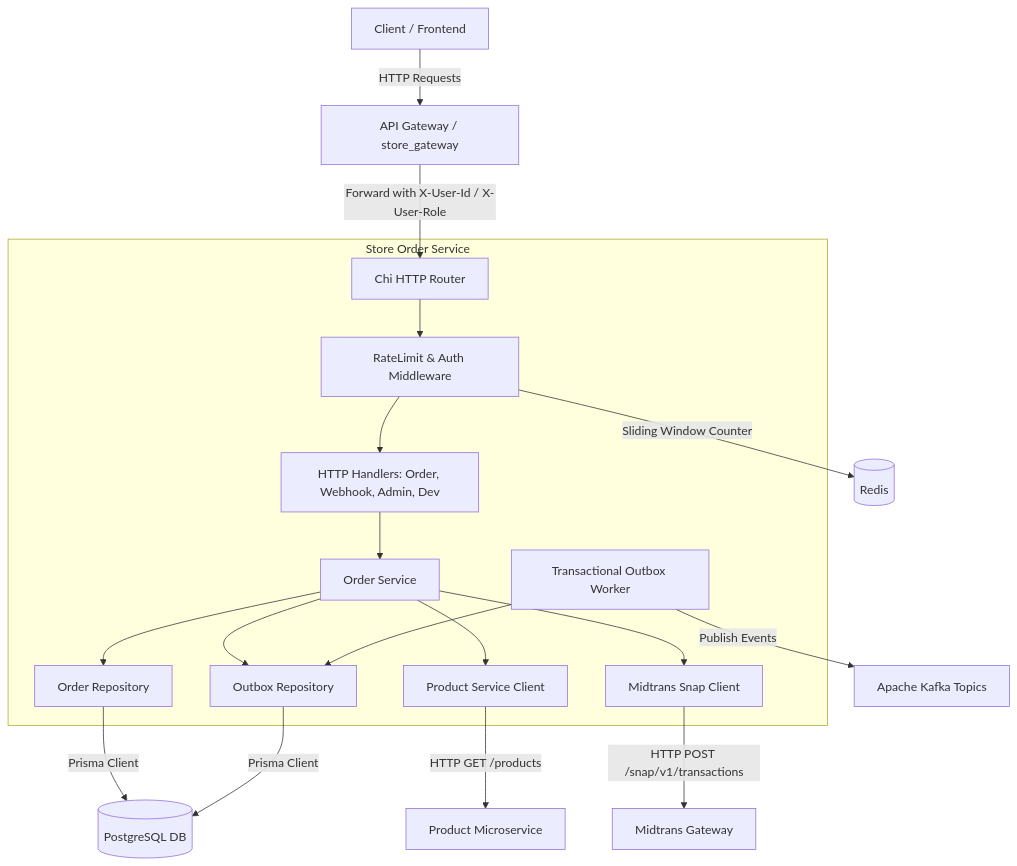
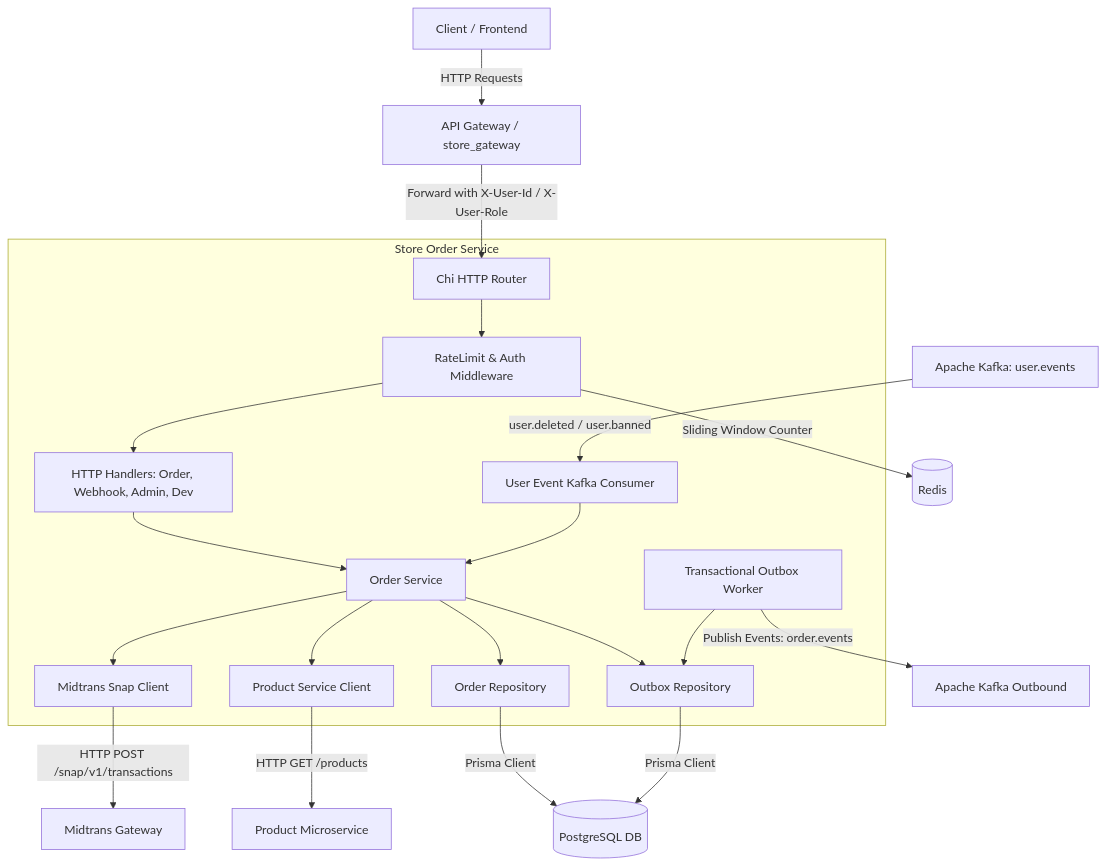
One commit to Sall-lah/store_order changed the first of 2 diagrams in README.md. Above: the diagram before and after it, drawn with Mermaid. The commit also changed other lines of this file and 30 other files, not shown here.

````diff
--- a/README.md
+++ b/README.md
@@ -35,24 +35,26 @@
 ```mermaid
 flowchart TD
     Client[Client / Frontend] -->|HTTP Requests| Gateway[API Gateway / store_gateway]
     Gateway -->|Forward with X-User-Id / X-User-Role| Router[Chi HTTP Router]
     
     subgraph store_order ["Store Order Service"]
         Router --> Middleware[RateLimit & Auth Middleware]
         Middleware --> Handlers[HTTP Handlers: Order, Webhook, Admin, Dev]
         Handlers --> Service[Order Service]
         Service --> OrderRepo[Order Repository]
         Service --> OutboxRepo[Outbox Repository]
         Service --> ProductClient[Product Service Client]
         Service --> MidtransClient[Midtrans Snap Client]
         
         OutboxWorker[Transactional Outbox Worker] --> OutboxRepo
+        UserConsumer[User Event Kafka Consumer] --> Service
     end
 
     OrderRepo -->|Prisma Client| Postgres[(PostgreSQL DB)]
     OutboxRepo -->|Prisma Client| Postgres
     Middleware -->|Sliding Window Counter| Redis[(Redis)]
     ProductClient -->|HTTP GET /products| ProductSvc[Product Microservice]
     MidtransClient -->|HTTP POST /snap/v1/transactions| MidtransAPI[Midtrans Gateway]
-    OutboxWorker -->|Publish Events| Kafka[Apache Kafka Topics]
+    OutboxWorker -->|Publish Events: order.events| KafkaOut[Apache Kafka Outbound]
+    KafkaIn[Apache Kafka: user.events] -->|user.deleted / user.banned| UserConsumer
 ```
````
